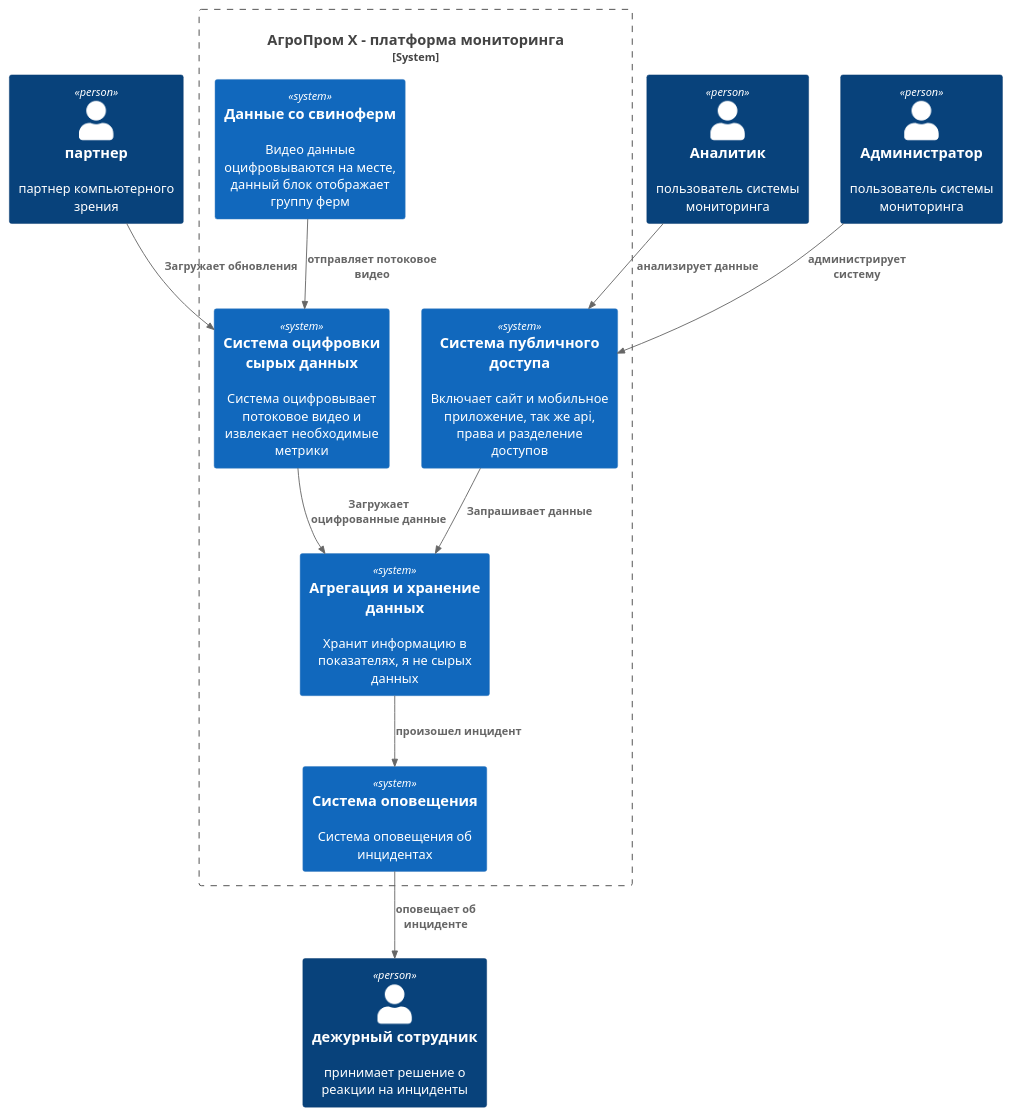
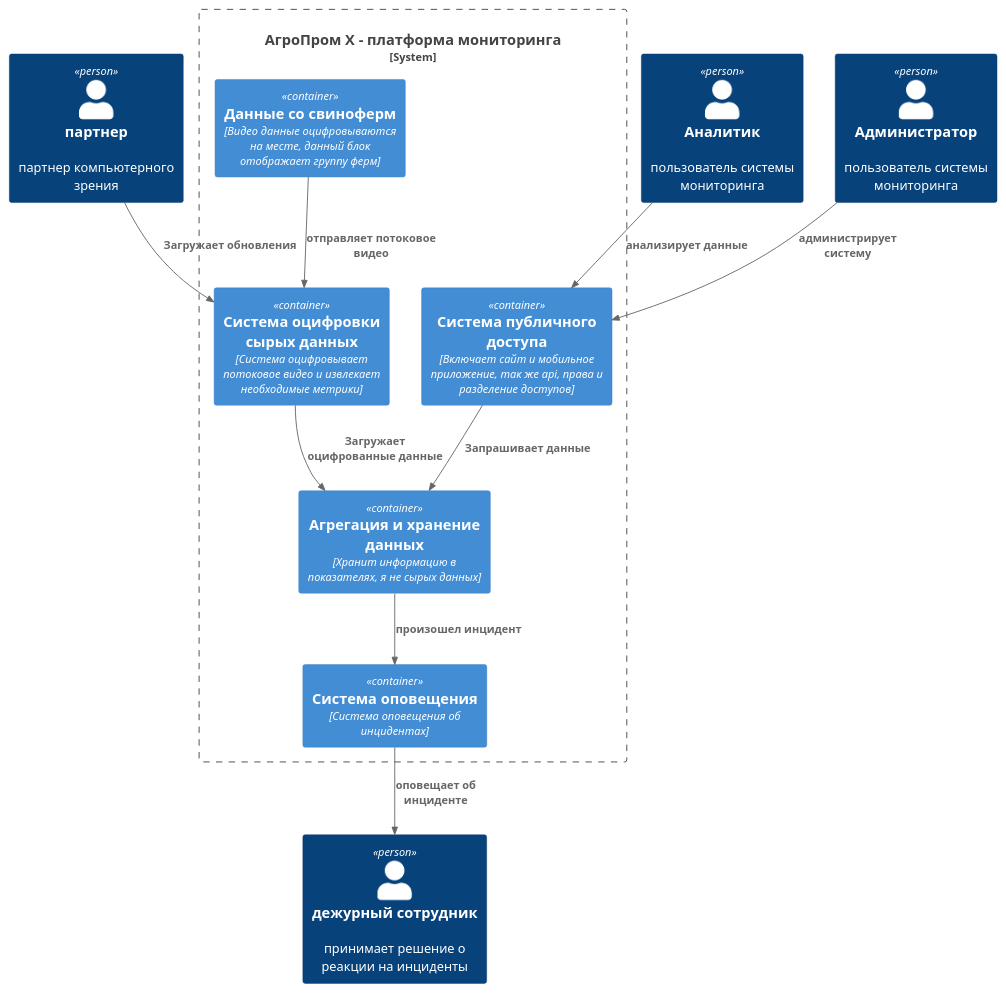
One commit to AntonKisselev/MSA-AgroTech changed the diagram in Task1/C1 monitoring alter.puml. Above: the diagram before and after it, drawn with PlantUML. The commit also changed 4 other files, not shown here.

```diff
--- a/Task1/C1 monitoring alter.puml
+++ b/Task1/C1 monitoring alter.puml
@@ -1,26 +1,26 @@
 @startuml MVP_Мониторинг_C1_альтернативный
 
 !include https://raw.githubusercontent.com/plantuml-stdlib/C4-PlantUML/master/C4_Container.puml
 
 Person(партнер, "партнер", "партнер компьютерного зрения")
 Person(дежурный, "дежурный сотрудник", "принимает решение о реакции на инциденты")
 Person(аналитик, "Аналитик", "пользователь системы мониторинга")
 Person(админ, "Администратор", "пользователь системы мониторинга")
 
 System_Boundary(платформа, "АгроПром Х - платформа мониторинга") {
-    System(данные_со_свиноферм, "Данные со свиноферм","Видео данные оцифровываются на месте, данный блок отображает группу ферм")
-    System(оцифровка, "Система оцифровки сырых данных","Система оцифровывает потоковое видео и извлекает необходимые метрики")
-    System(шина, "Агрегация и хранение данных", "Хранит информацию в показателях, я не сырых данных")
-    System(оповещения, "Система оповещения", "Система оповещения об инцидентах")
-    System(фронт_системы, "Система публичного доступа", "Включает сайт и мобильное приложение, так же api, права и разделение доступов")
+    Container(данные_со_свиноферм, "Данные со свиноферм","Видео данные оцифровываются на месте, данный блок отображает группу ферм")
+    Container(оцифровка, "Система оцифровки сырых данных","Система оцифровывает потоковое видео и извлекает необходимые метрики")
+    Container(шина, "Агрегация и хранение данных", "Хранит информацию в показателях, я не сырых данных")
+    Container(оповещения, "Система оповещения", "Система оповещения об инцидентах")
+    Container(фронт_системы, "Система публичного доступа", "Включает сайт и мобильное приложение, так же api, права и разделение доступов")
 
 }
 Rel(данные_со_свиноферм, оцифровка, "отправляет потоковое видео")
 Rel(партнер, оцифровка, "Загружает обновления")
 Rel(оцифровка, шина, "Загружает оцифрованные данные")
 Rel(оповещения, дежурный, "оповещает об инциденте")
 Rel(шина, оповещения, "произошел инцидент")
 Rel(фронт_системы, шина, "Запрашивает данные")
 Rel(аналитик, фронт_системы, "анализирует данные")
 Rel(админ, фронт_системы, "администрирует систему")
 @enduml
```
